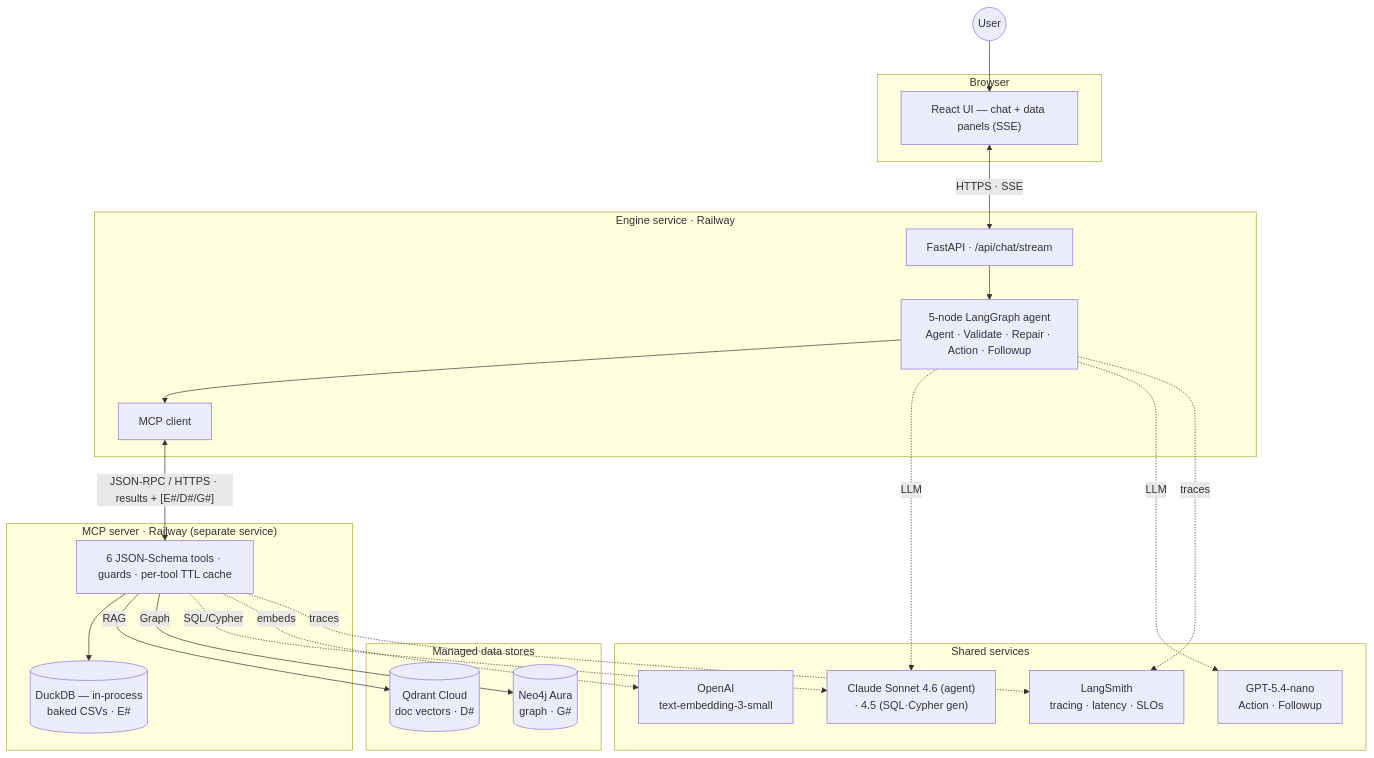
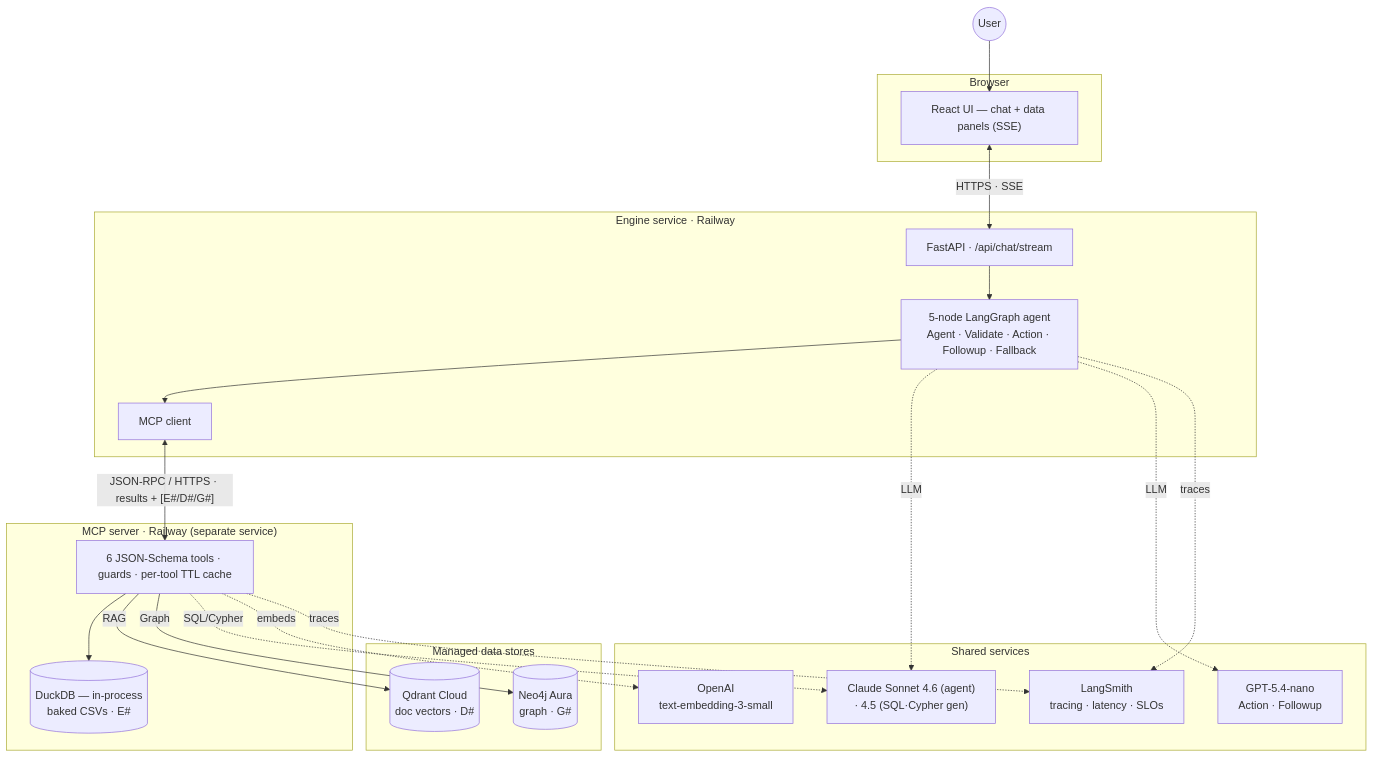
One commit to sazzad-kamal/crm-agentic-mcp-engine changed the third of 7 diagrams in README.md. Above: the diagram before and after it, drawn with Mermaid. The commit also changed other lines of this file, not shown here.

Commit message:
D1 + spine: DuckDB -> SQL (backend-agnostic, true for DuckDB now / Postgres later); D2 node list Repair -> Fallback

````diff
--- a/README.md
+++ b/README.md
@@ -96,45 +96,45 @@
 ```mermaid
 flowchart TB
     User(("User"))
 
     subgraph BROWSER["Browser"]
         UI["React UI — chat + data panels (SSE)"]
     end
 
     subgraph RW1["Engine service · Railway"]
         API["FastAPI · /api/chat/stream"]
-        AG["5-node LangGraph agent<br/>Agent · Validate · Repair · Action · Followup"]
+        AG["5-node LangGraph agent<br/>Agent · Validate · Action · Followup · Fallback"]
         MC["MCP client"]
         API --> AG --> MC
     end
 
     subgraph RW2["MCP server · Railway (separate service)"]
         TL["6 JSON-Schema tools · guards · per-tool TTL cache"]
         DUCK[("DuckDB — in-process<br/>baked CSVs · E#")]
         TL --> DUCK
     end
 
     subgraph DATA["Managed data stores"]
         QDR[("Qdrant Cloud<br/>doc vectors · D#")]
         NEO[("Neo4j Aura<br/>graph · G#")]
     end
 
     subgraph SHARED["Shared services"]
         CLA["Claude Sonnet 4.6 (agent)<br/>· 4.5 (SQL·Cypher gen)"]
         GPT["GPT-5.4-nano<br/>Action · Followup"]
         EMB["OpenAI<br/>text-embedding-3-small"]
         OBS["LangSmith<br/>tracing · latency · SLOs"]
     end
 
     User --> UI
     UI <-->|"HTTPS · SSE"| API
     MC <-->|"JSON-RPC / HTTPS · results + [E#/D#/G#]"| TL
     TL -->|RAG| QDR
     TL -->|Graph| NEO
     AG -. LLM .-> CLA
     AG -. LLM .-> GPT
     TL -. SQL/Cypher .-> CLA
     TL -. embeds .-> EMB
     AG -. traces .-> OBS
     TL -. traces .-> OBS
 ```
````
